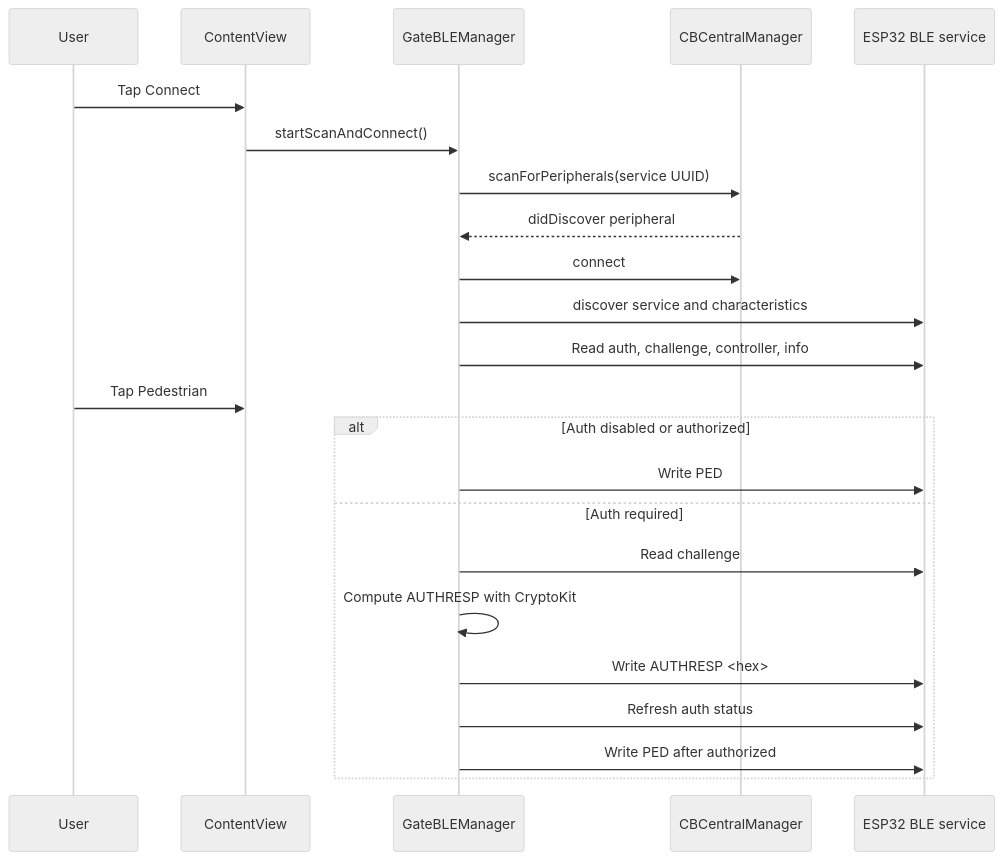
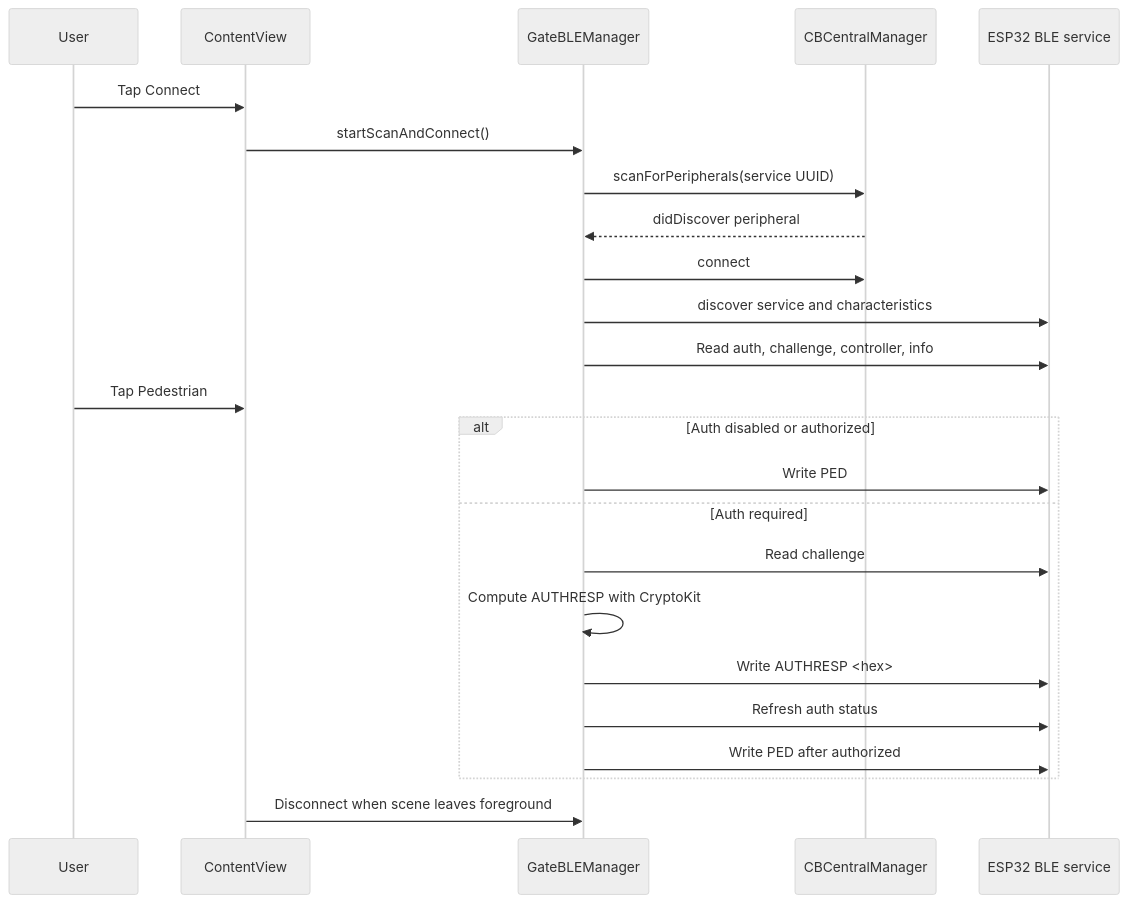
The diagram in ios-app/README.md (edward-sia/d5-evo-gate), drawn with Mermaid (neutral theme) before and after one commit. The commit also changed other lines of this file and 14 other files, not shown here.

````diff
--- a/ios-app/README.md
+++ b/ios-app/README.md
@@ -28,26 +28,27 @@
 ```mermaid
 sequenceDiagram
     participant User
     participant View as ContentView
     participant Manager as GateBLEManager
     participant Central as CBCentralManager
     participant ESP32 as ESP32 BLE service
 
     User->>View: Tap Connect
     View->>Manager: startScanAndConnect()
     Manager->>Central: scanForPeripherals(service UUID)
     Central-->>Manager: didDiscover peripheral
     Manager->>Central: connect
     Manager->>ESP32: discover service and characteristics
     Manager->>ESP32: Read auth, challenge, controller, info
     User->>View: Tap Pedestrian
     alt Auth disabled or authorized
         Manager->>ESP32: Write PED
     else Auth required
         Manager->>ESP32: Read challenge
         Manager->>Manager: Compute AUTHRESP with CryptoKit
         Manager->>ESP32: Write AUTHRESP <hex>
         Manager->>ESP32: Refresh auth status
         Manager->>ESP32: Write PED after authorized
     end
+    View->>Manager: Disconnect when scene leaves foreground
 ```
````
